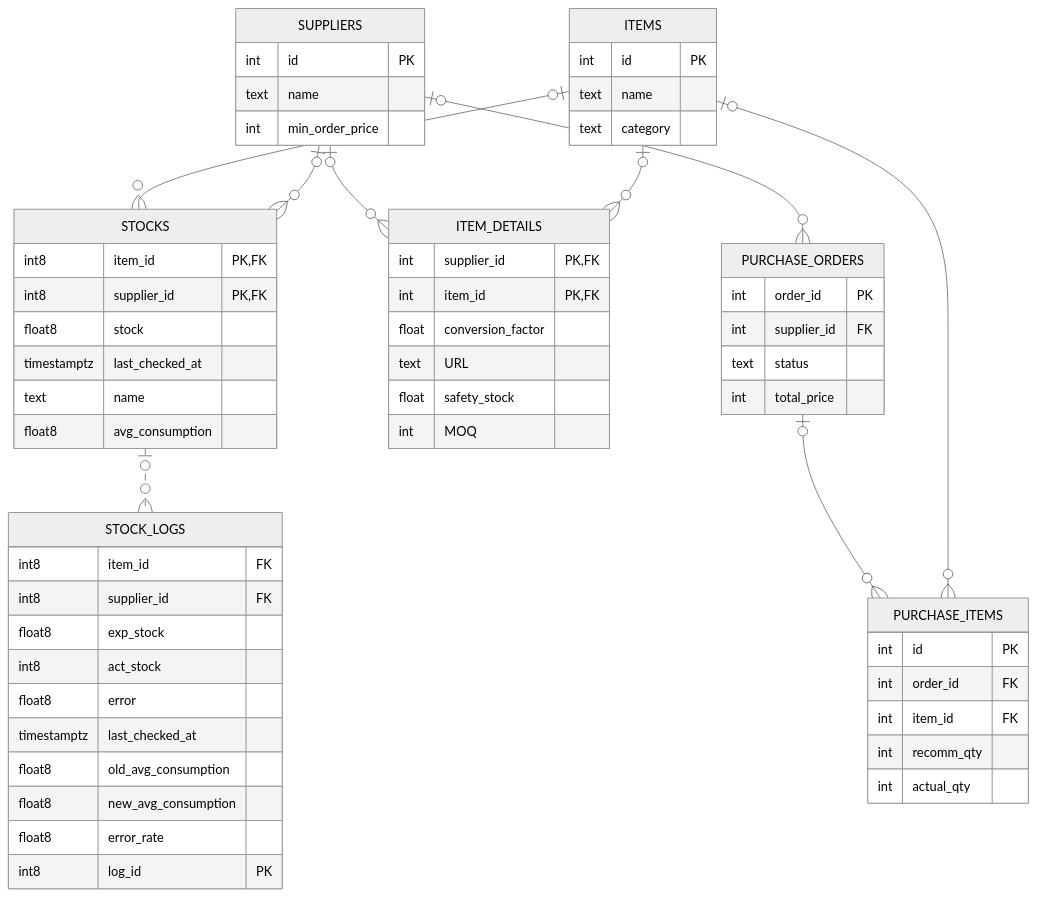
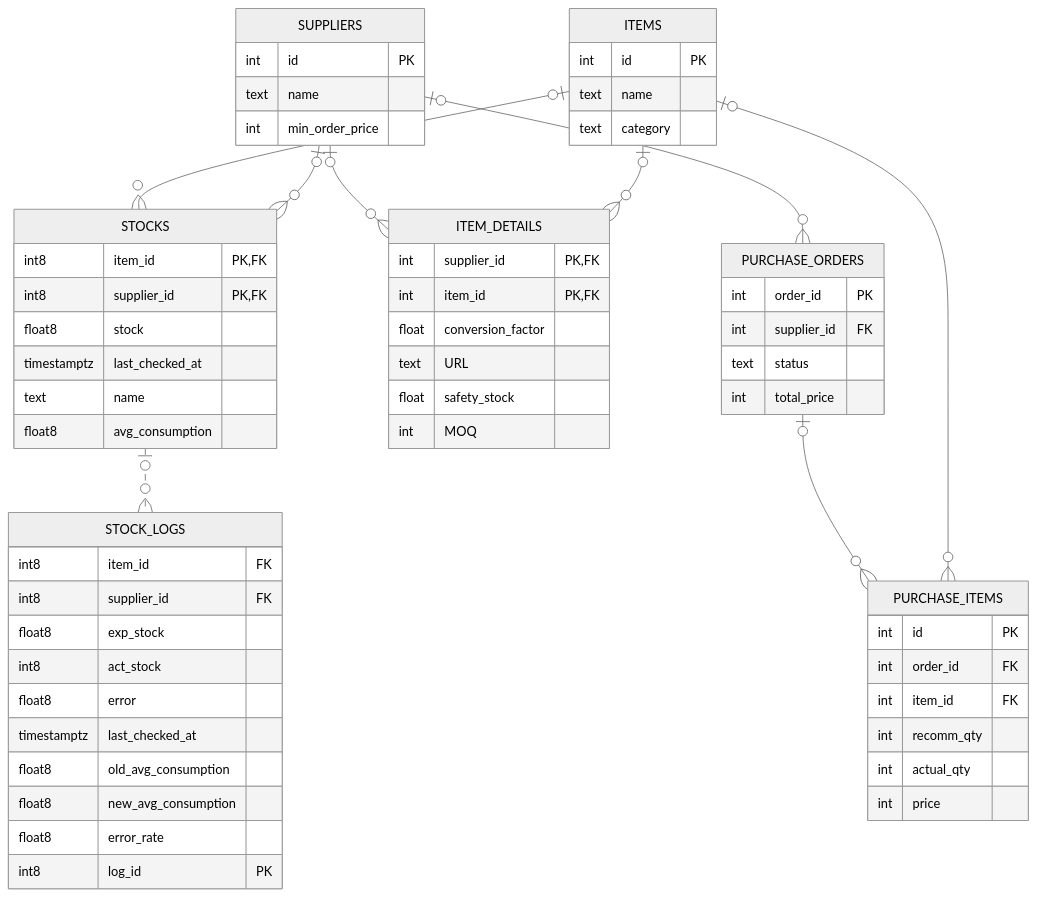
The diagram in README.md (JSHUH0401/Stock-Management-System), drawn with Mermaid (neutral theme) before and after one commit.

````diff
--- a/README.md
+++ b/README.md
@@ -28,70 +28,71 @@
 ```mermaid
 erDiagram
     %% [Domain 1: Master Data]
     ITEMS |o--o{ STOCKS : ""
     SUPPLIERS |o--o{ ITEM_DETAILS : ""
     ITEMS |o--o{ ITEM_DETAILS : ""
     SUPPLIERS |o--o{STOCKS : ""
     STOCKS |o..o{ STOCK_LOGS : ""
 
     %% [Domain 3: Transaction]
     PURCHASE_ORDERS |o--o{ PURCHASE_ITEMS : ""
     ITEMS |o--o{ PURCHASE_ITEMS : ""
     SUPPLIERS |o--o{ PURCHASE_ORDERS : ""
     ITEMS {
         int id PK
         text name
         text category
     }
 
     SUPPLIERS {
         int id PK
         text name
         int min_order_price
     }
 
     ITEM_DETAILS {
         int supplier_id PK, FK
         int item_id PK, FK
         float conversion_factor
         text URL
         float safety_stock
         int MOQ
     }
 
     STOCKS {
         int8 item_id PK, FK
         int8 supplier_id PK, FK
         float8 stock
         timestamptz last_checked_at
         text name
         float8 avg_consumption
     }
 
     STOCK_LOGS {
         int8 item_id FK
         int8 supplier_id FK
         float8 exp_stock
         int8 act_stock
         float8 error
         timestamptz last_checked_at
         float8 old_avg_consumption
         float8 new_avg_consumption
         float8 error_rate
         int8 log_id PK
     }
     PURCHASE_ORDERS {
         int order_id PK
         int supplier_id FK
         text status
         int total_price
     }
 
     PURCHASE_ITEMS {
         int id PK
         int order_id FK
         int item_id FK
         int recomm_qty
         int actual_qty
+        int price
     }
 ```
````
